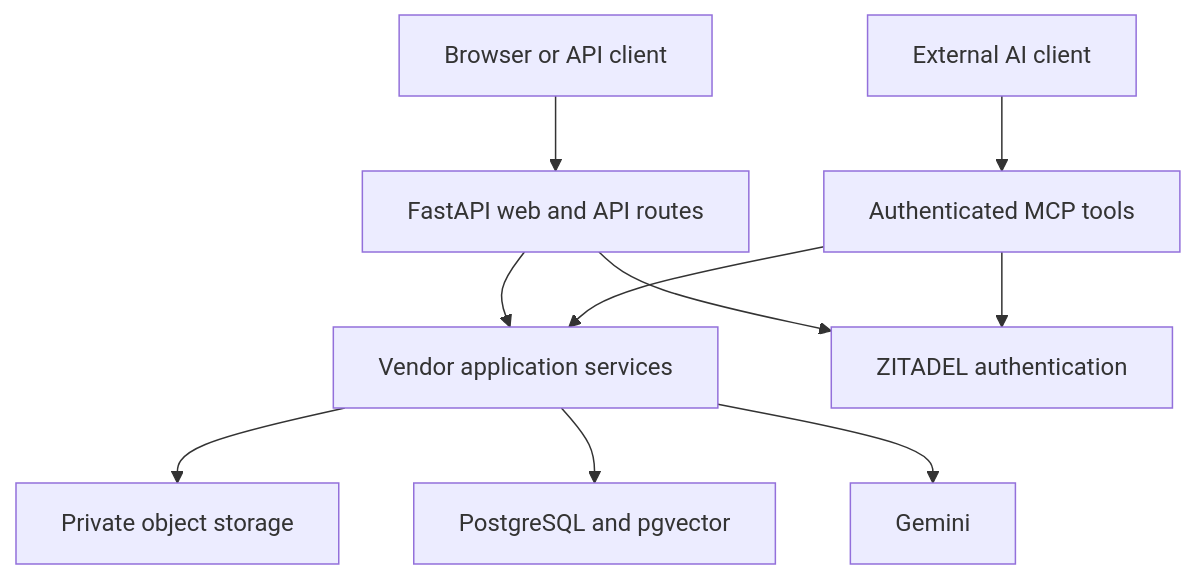
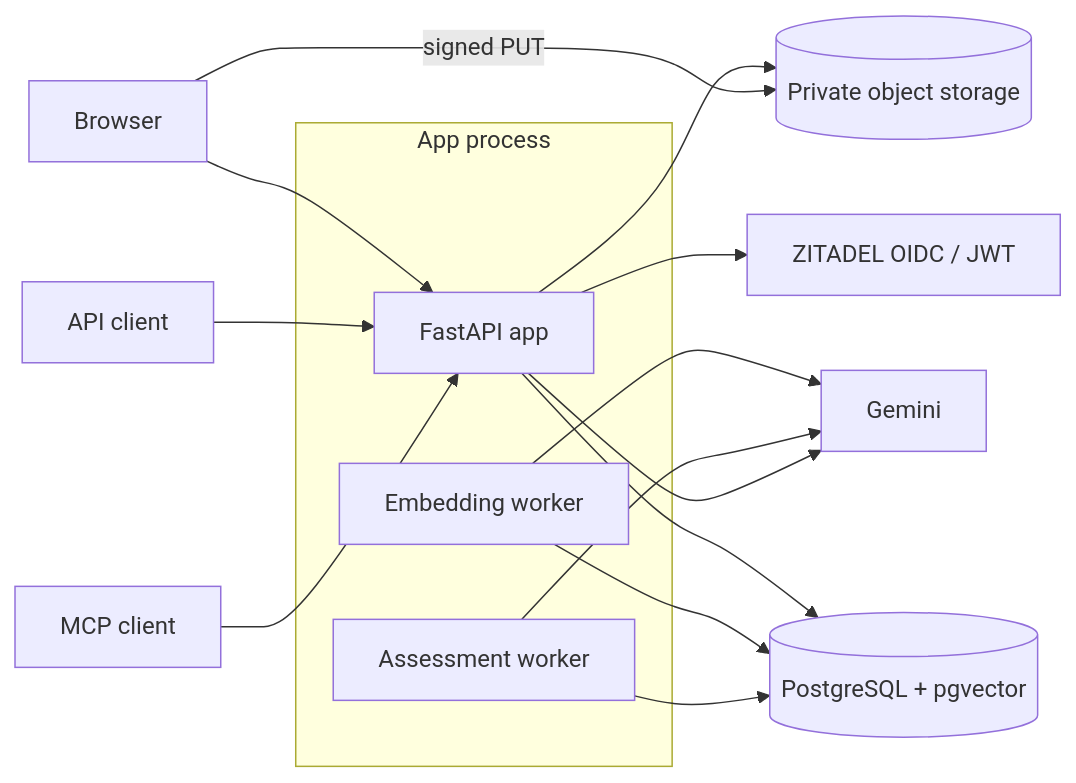
One commit to bhuwanbkt/vendor-risk-analyzer changed the diagram in README.md. Above: the diagram before and after it, drawn with Mermaid. The commit also changed other lines of this file and 6 other files, not shown here.

````diff
--- a/README.md
+++ b/README.md
@@ -31,12 +67,20 @@
 ```mermaid
-flowchart TD
-    U[Browser or API client] --> A[FastAPI web and API routes]
-    C[External AI client] --> M[Authenticated MCP tools]
-    A --> S[Vendor application services]
-    M --> S
-    A --> Z[ZITADEL authentication]
-    M --> Z
-    S --> O[Private object storage]
-    S --> D[PostgreSQL and pgvector]
-    S --> G[Gemini]
+flowchart LR
+    B[Browser] --> A[FastAPI app]
+    C[API client] --> A
+    M[MCP client] --> A
+    A --> Z[ZITADEL OIDC / JWT]
+    A --> D[(PostgreSQL + pgvector)]
+    A --> O[(Private object storage)]
+    B -- signed PUT --> O
+    subgraph App process
+        A
+        EW[Embedding worker]
+        AW[Assessment worker]
+    end
+    EW --> D
+    EW --> G[Gemini]
+    AW --> D
+    AW --> G
+    A --> G
 ```
````
